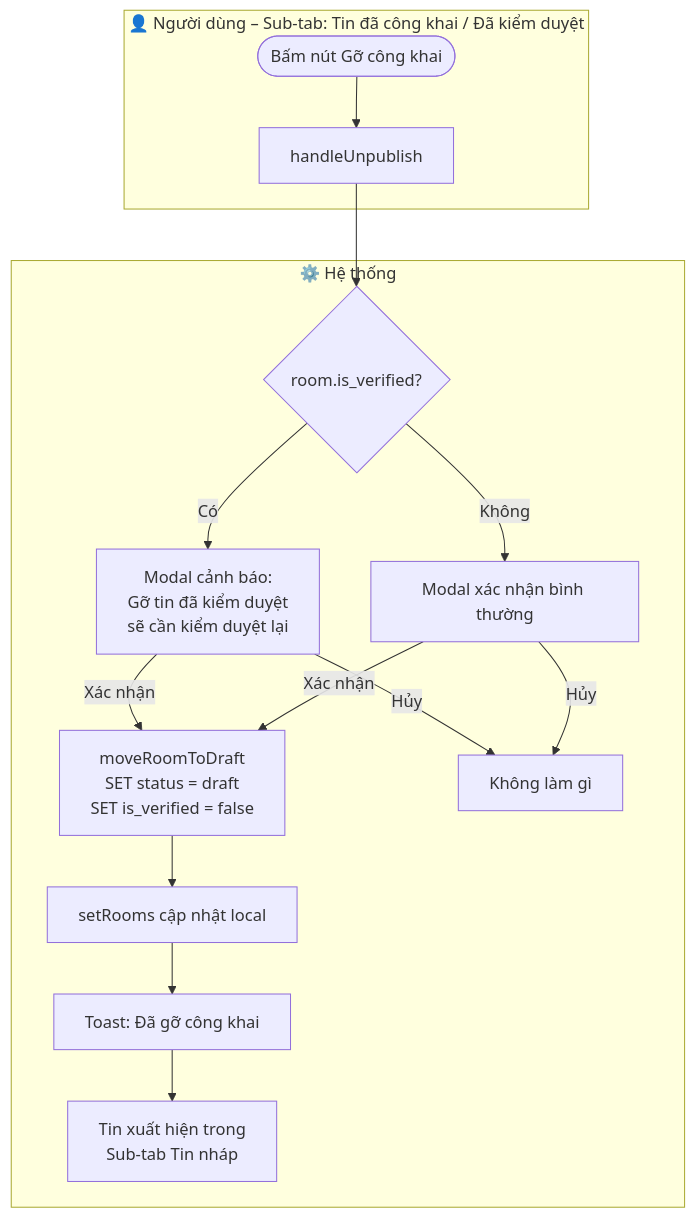
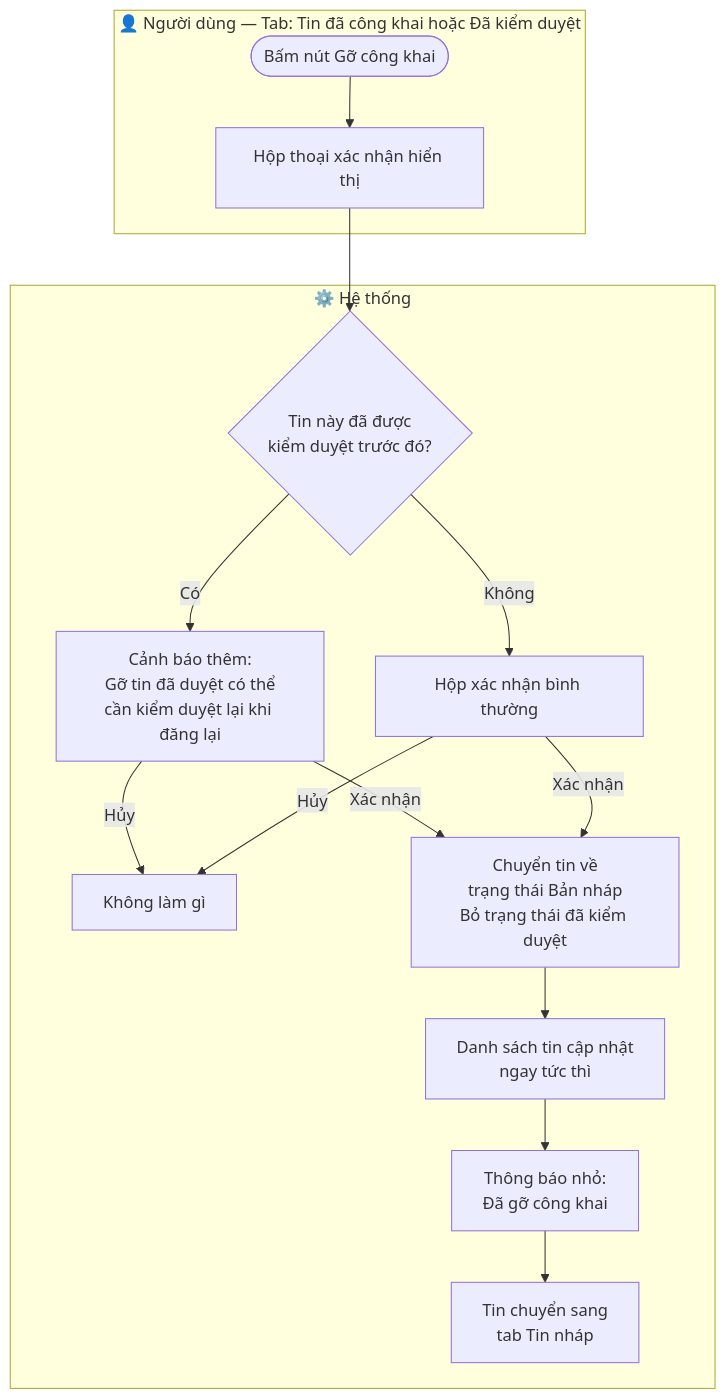
The sixth of 9 diagrams in prj_workflows/04_dashboard_workflow.md (natelyt12/trotot), drawn with Mermaid before and after one commit. The commit also changed other lines of this file and 5 other files, not shown here.

Commit message:
fix: sửa lại định dạng cho phù hợp với người low-code

````diff
--- a/prj_workflows/04_dashboard_workflow.md
+++ b/prj_workflows/04_dashboard_workflow.md
@@ -153,17 +153,17 @@
 ```mermaid
 flowchart TD
-    subgraph USER["👤 Người dùng – Sub-tab: Tin đã công khai / Đã kiểm duyệt"]
-        A([Bấm nút Gỡ công khai]) --> B[handleUnpublish]
+    subgraph USER["👤 Người dùng — Tab: Tin đã công khai hoặc Đã kiểm duyệt"]
+        A([Bấm nút Gỡ công khai]) --> B[Hộp thoại xác nhận hiển thị]
     end
 
     subgraph SYSTEM["⚙️ Hệ thống"]
-        B --> C{room.is_verified?}
-        C -- Có --> D[Modal cảnh báo:\nGỡ tin đã kiểm duyệt\nsẽ cần kiểm duyệt lại]
-        C -- Không --> E[Modal xác nhận bình thường]
-        D & E --> |Xác nhận| F[moveRoomToDraft\nSET status = draft\nSET is_verified = false]
-        F --> G[setRooms cập nhật local]
-        G --> H[Toast: Đã gỡ công khai]
-        H --> I[Tin xuất hiện trong\nSub-tab Tin nháp]
-        D & E --> |Hủy| J[Không làm gì]
+        B --> C{Tin này đã được\nkiểm duyệt trước đó?}
+        C -- Có --> D[Cảnh báo thêm:\nGỡ tin đã duyệt có thể\ncần kiểm duyệt lại khi đăng lại]
+        C -- Không --> E[Hộp xác nhận bình thường]
+        D & E --> |Hủy| F[Không làm gì]
+        D & E --> |Xác nhận| G[Chuyển tin về\ntrạng thái Bản nháp\nBỏ trạng thái đã kiểm duyệt]
+        G --> H[Danh sách tin cập nhật\nngay tức thì]
+        H --> I[Thông báo nhỏ:\nĐã gỡ công khai]
+        I --> J[Tin chuyển sang\ntab Tin nháp]
     end
 ```
````
